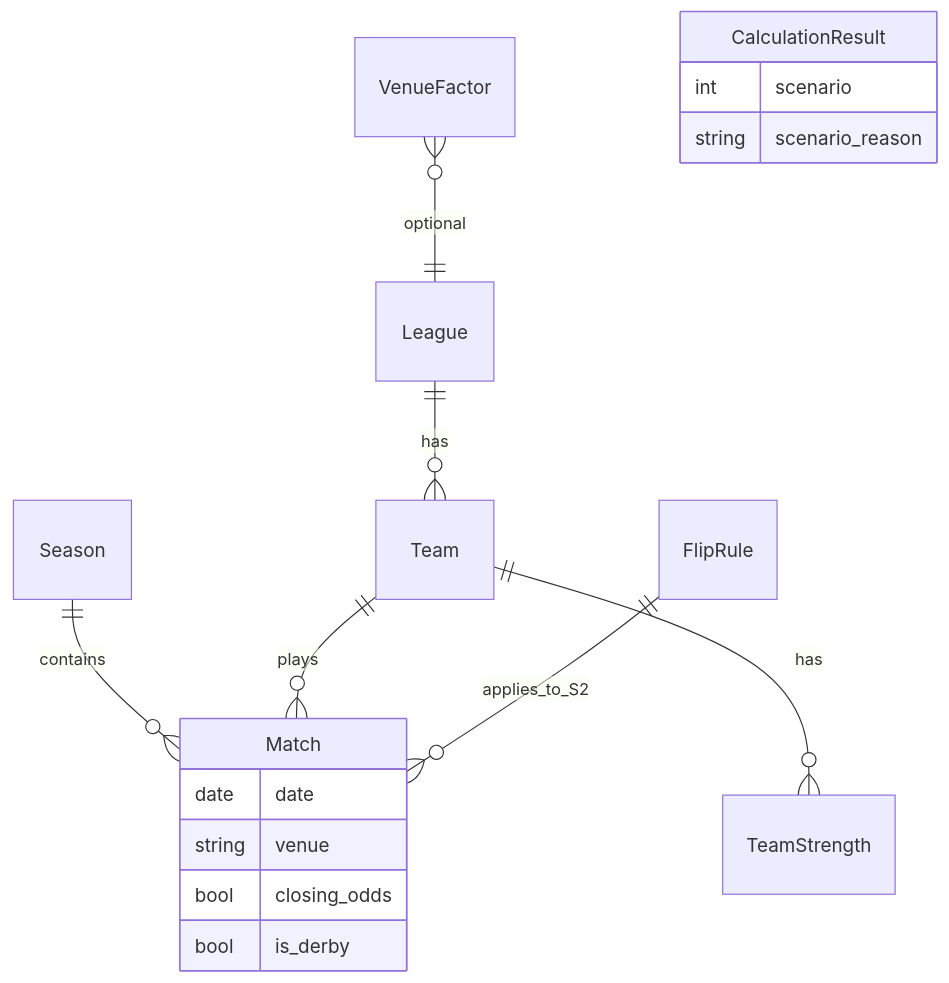
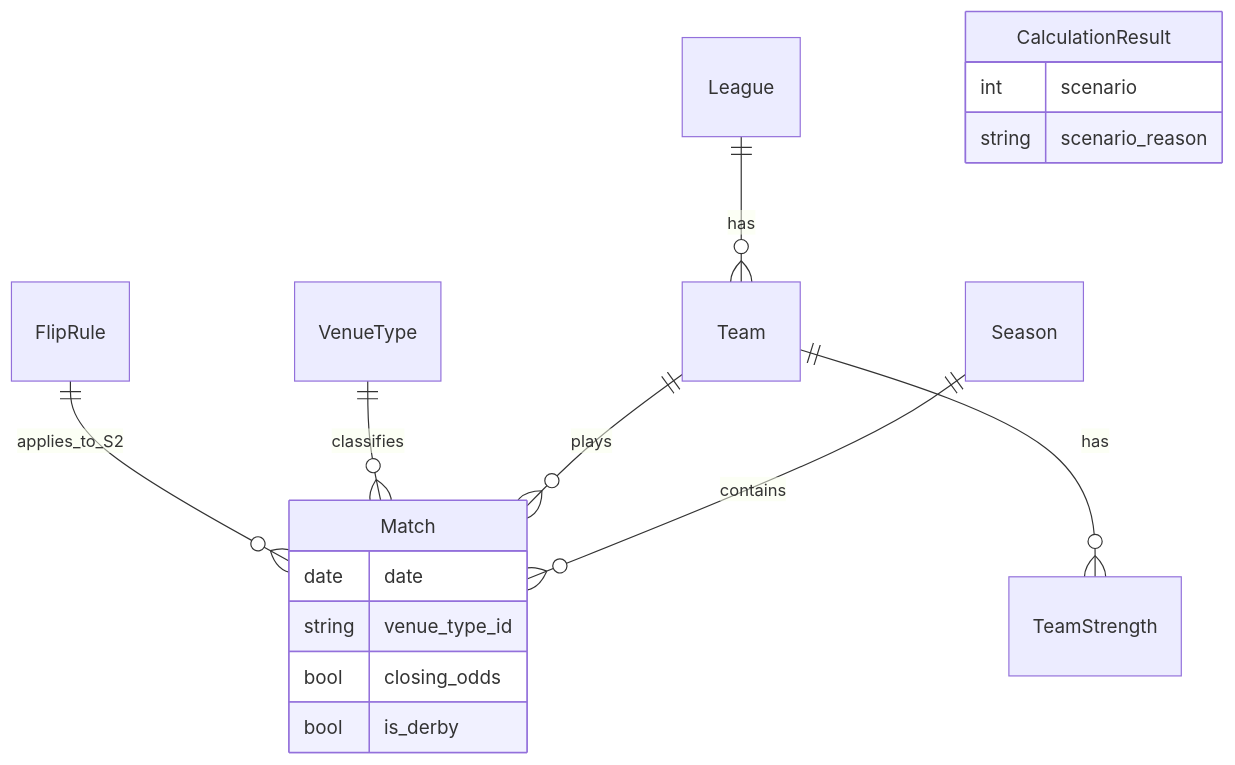
One commit to anka-khvalina/calc_money changed the diagram in docs/data-model.md. Above: the diagram before and after it, drawn with Mermaid. The commit also changed other lines of this file and 9 other files, not shown here.

Commit message:
docs: Venue Type as lookup catalog (venue_types.csv)

````diff
--- a/docs/data-model.md
+++ b/docs/data-model.md
@@ -11,19 +11,19 @@
 ```mermaid
 erDiagram
   Season ||--o{ Match : contains
   Team ||--o{ Match : plays
   Team ||--o{ TeamStrength : has
   League ||--o{ Team : has
-  VenueFactor }o--|| League : optional
+  VenueType ||--o{ Match : classifies
   FlipRule ||--o{ Match : applies_to_S2
   Match {
     date date
-    string venue
+    string venue_type_id
     bool closing_odds
     bool is_derby
   }
   CalculationResult {
     int scenario
     string scenario_reason
   }
 ```
````
